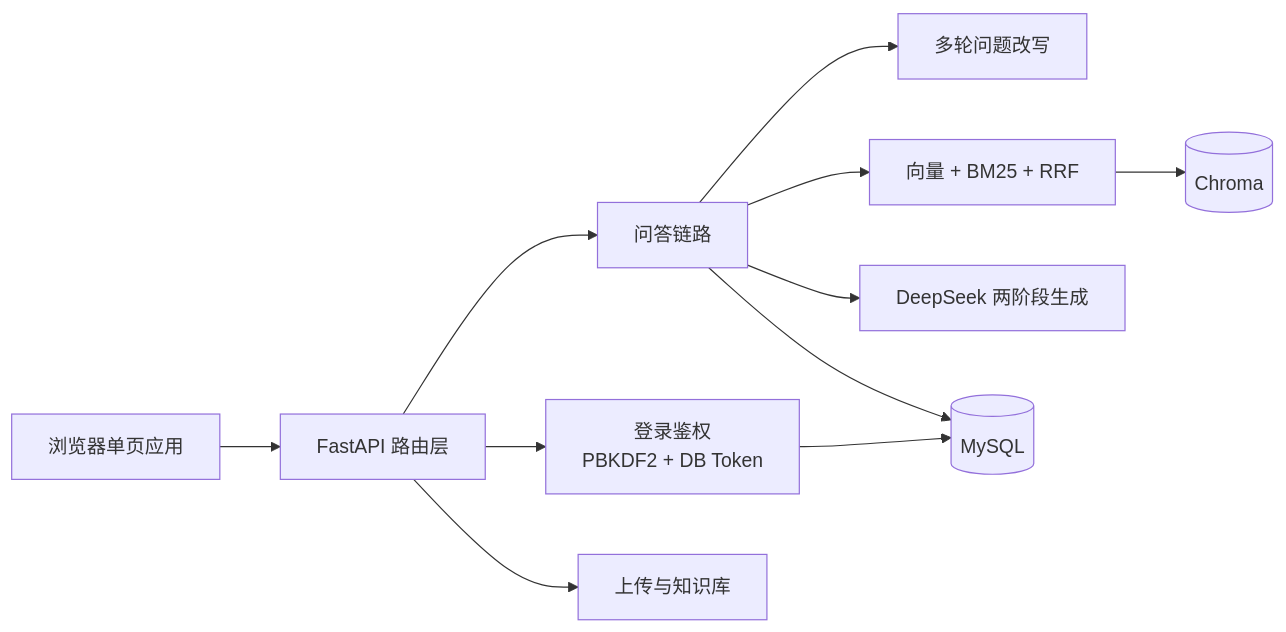
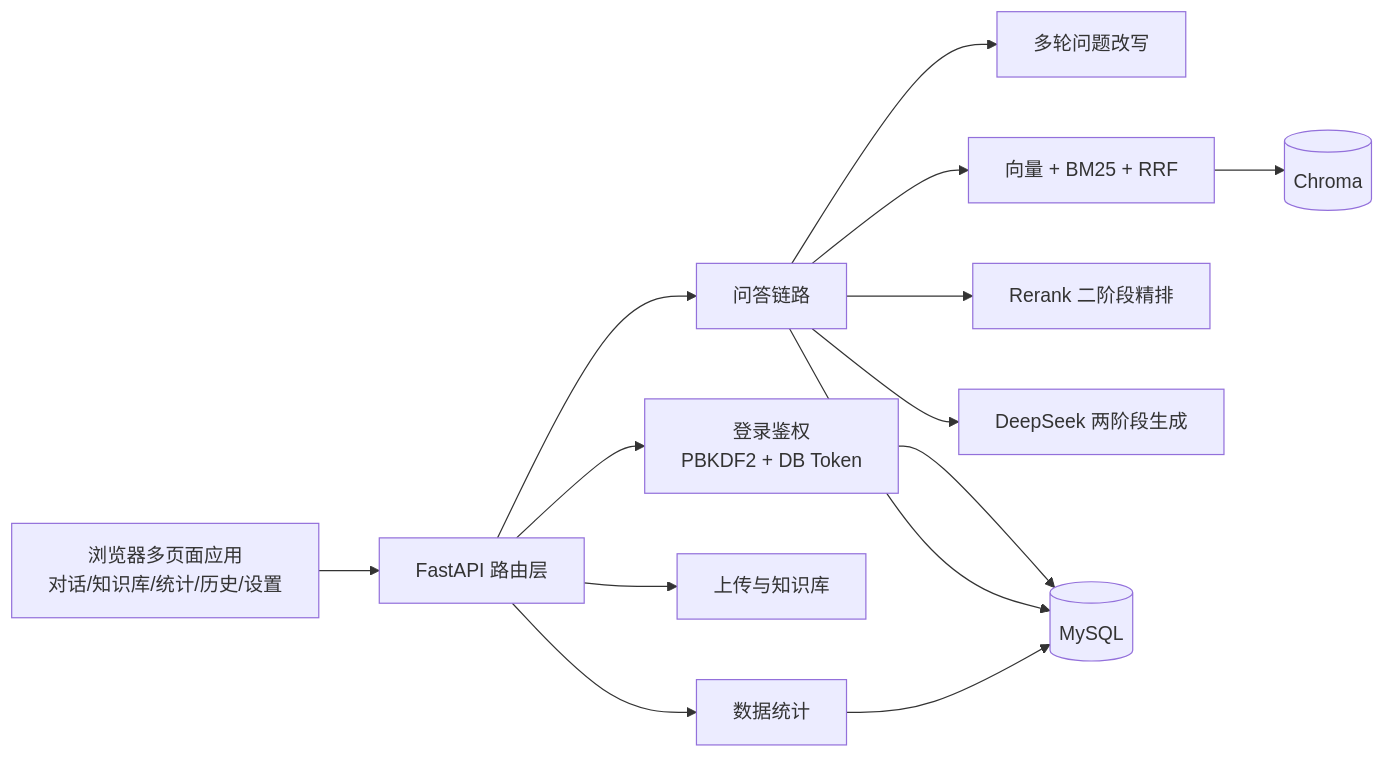
Before and after one commit to fwh1206/rag-qa-system: the diagram in README.md, drawn with Mermaid. The commit also changed other lines of this file and 80 other files, not shown here.

````diff
--- a/README.md
+++ b/README.md
@@ -35,13 +74,16 @@
 ```mermaid
 flowchart LR
-    UI[浏览器单页应用] --> API[FastAPI 路由层]
+    UI[浏览器多页面应用<br>对话/知识库/统计/历史/设置] --> API[FastAPI 路由层]
     API --> AUTH[登录鉴权<br>PBKDF2 + DB Token]
     API --> CHAT[问答链路]
     API --> FILE[上传与知识库]
+    API --> STATS[数据统计]
     CHAT --> REWRITE[多轮问题改写]
     CHAT --> RETRIEVAL[向量 + BM25 + RRF]
+    CHAT --> RERANK[Rerank 二阶段精排]
     CHAT --> LLM[DeepSeek 两阶段生成]
     RETRIEVAL --> CHROMA[(Chroma)]
     AUTH --> MYSQL[(MySQL)]
     CHAT --> MYSQL
+    STATS --> MYSQL
 ```
````
